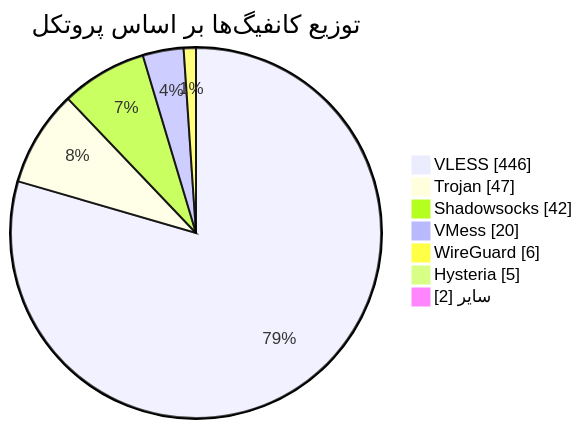
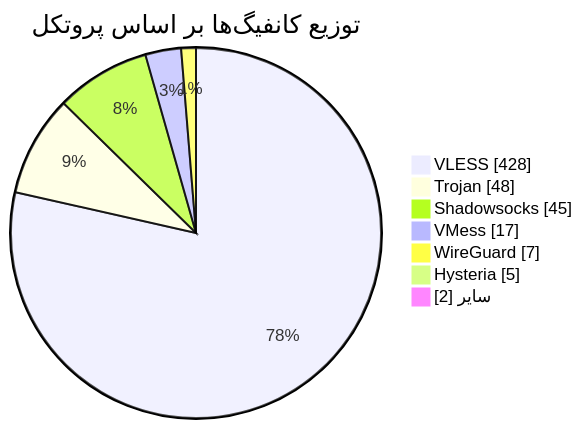
The diagram in README.md (Arian-Alijani/Somthing), drawn with Mermaid before and after one commit. The commit also changed other lines of this file and 87 other files, not shown here.

````diff
--- a/README.md
+++ b/README.md
@@ -49,11 +49,11 @@
 ```mermaid
 pie showData
     title توزیع کانفیگ‌ها بر اساس پروتکل
-    "VLESS" : 446
-    "Trojan" : 47
-    "Shadowsocks" : 42
-    "VMess" : 20
-    "WireGuard" : 6
+    "VLESS" : 428
+    "Trojan" : 48
+    "Shadowsocks" : 45
+    "VMess" : 17
+    "WireGuard" : 7
     "Hysteria" : 5
     "سایر" : 2
 ```
````
